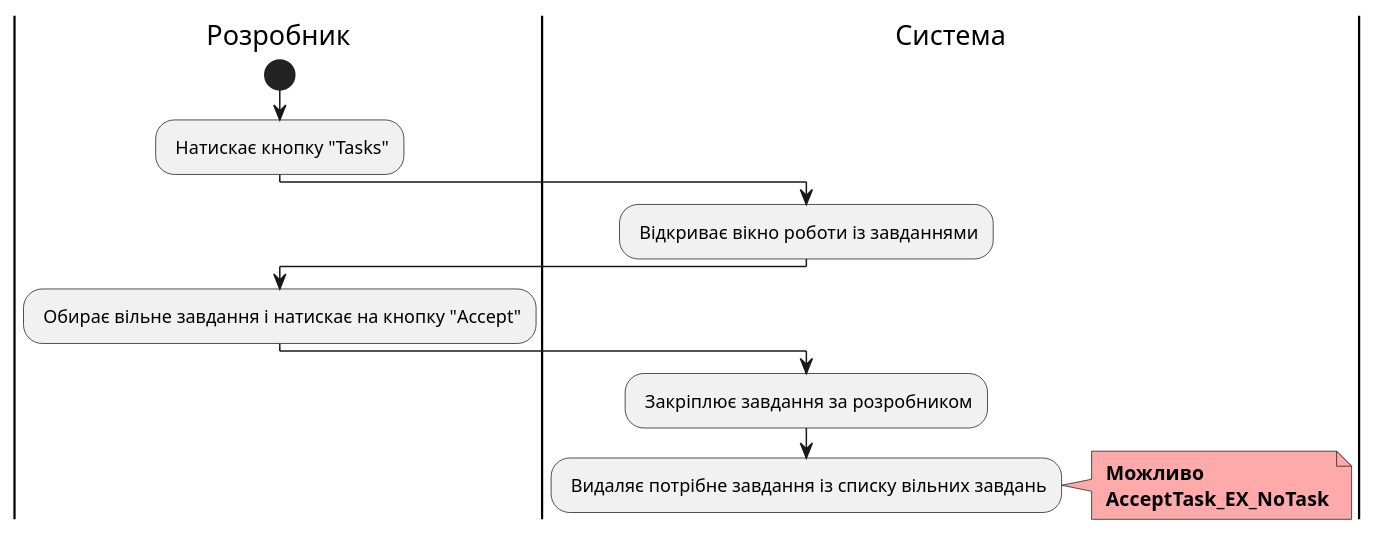
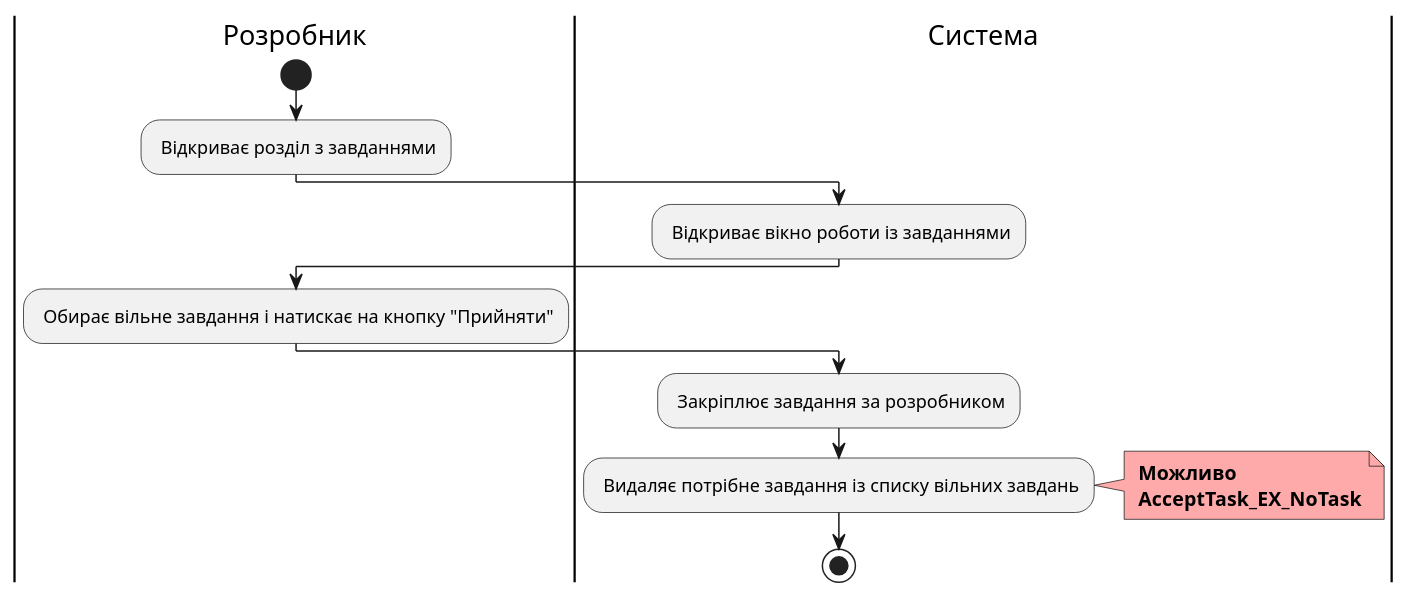
Diagram 15 of 19 in docs/use cases/README.md (boldak/edu-db-cw), drawn with PlantUML before and after one commit. The commit also changed other lines of this file and 1 other file, not shown here.

```diff
--- a/docs/use cases/README.md
+++ b/docs/use cases/README.md
@@ -1017,23 +1040,24 @@
 @startuml
 
     |Розробник|
         start
-        : Натискає кнопку "Tasks";
+        : Відкриває розділ з завданнями;
         
     |Система|
         : Відкриває вікно роботи із завданнями;
         
     |Розробник|
-        : Обирає вільне завдання і натискає на кнопку "Accept";
+        : Обирає вільне завдання і натискає на кнопку "Прийняти";
         
     |Система|
         : Закріплює завдання за розробником;
         
     |Система|
         : Видаляє потрібне завдання із списку вільних завдань;
         note right #ffaaaa
         <b> Можливо
         <b> AcceptTask_EX_NoTask
         end note
+        stop;
 
 @enduml
```
